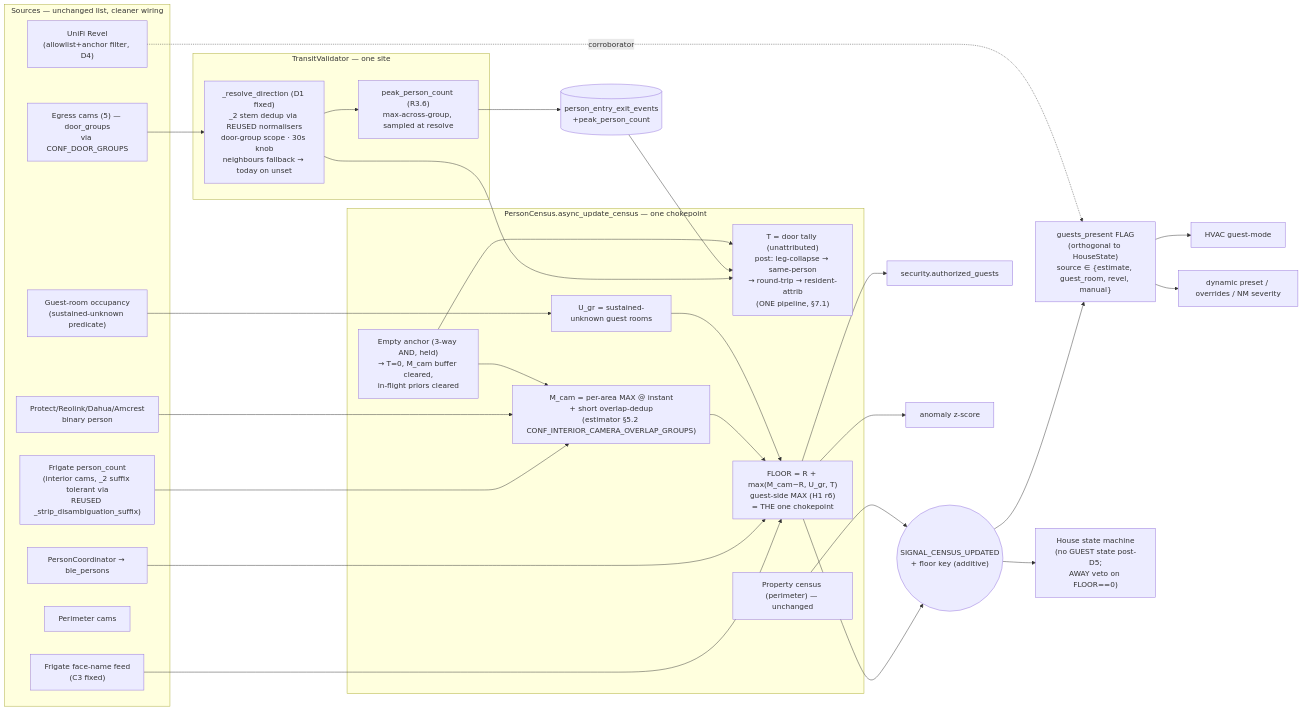
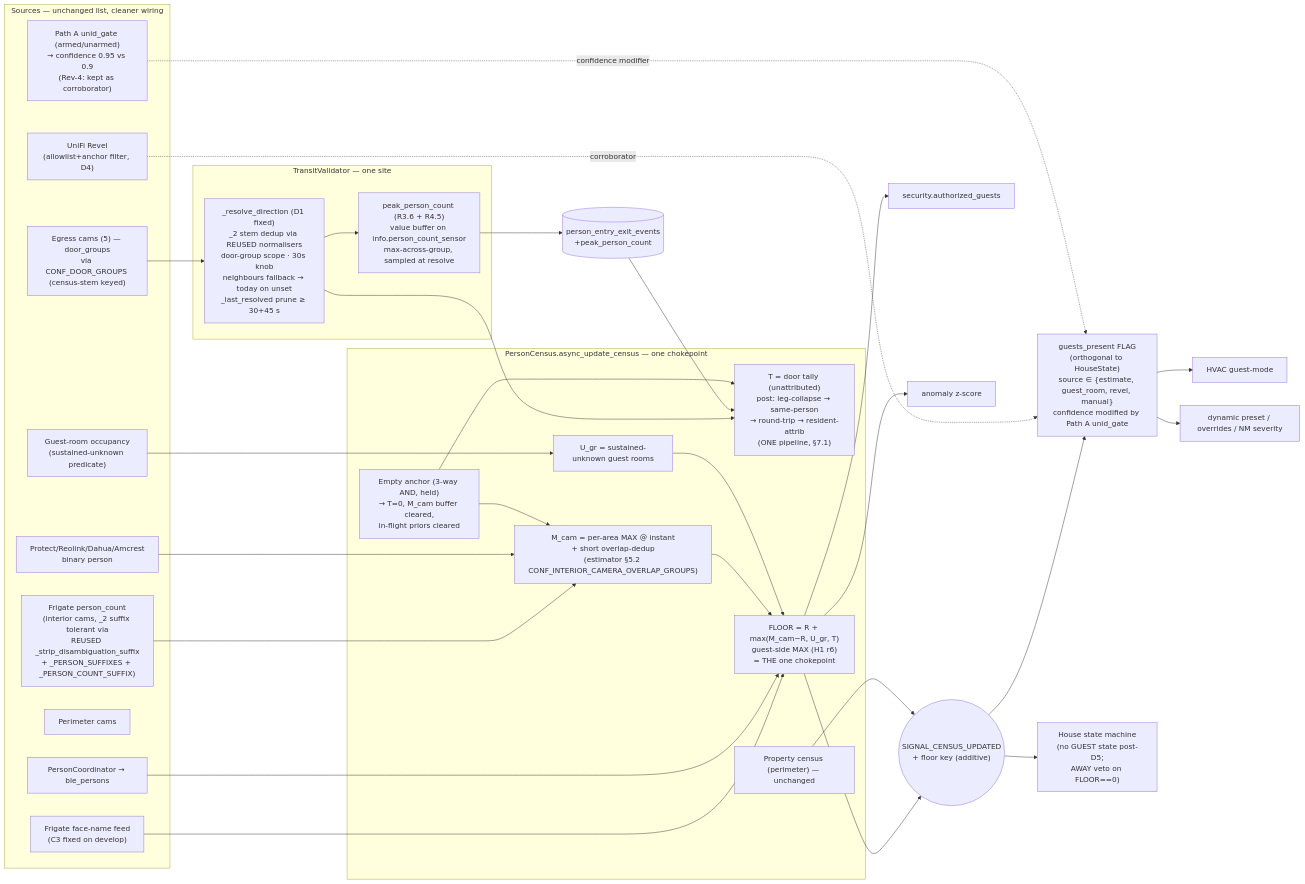
One commit to ojiudezue/universal-room-automation changed the diagram in docs/planning/DESIGN_census_simplification.md. Above: the diagram before and after it, drawn with Mermaid. The commit also changed other lines of this file and 1 other file, not shown here.

Commit message:
plan: census inputs-first rev4 + simplification corrections

````diff
--- a/docs/planning/DESIGN_census_simplification.md
+++ b/docs/planning/DESIGN_census_simplification.md
@@ -76,53 +83,55 @@
 ```mermaid
 flowchart LR
   subgraph SRC[Sources — unchanged list, cleaner wiring]
-    FPC["Frigate person_count\n(interior cams, _2 suffix tolerant via\nREUSED _strip_disambiguation_suffix)"]
+    FPC["Frigate person_count\n(interior cams, _2 suffix tolerant via\nREUSED _strip_disambiguation_suffix\n+ _PERSON_SUFFIXES + _PERSON_COUNT_SUFFIX)"]
     PRB["Protect/Reolink/Dahua/Amcrest\nbinary person"]
-    FFACE["Frigate face-name feed\n(C3 fixed)"]
+    FFACE["Frigate face-name feed\n(C3 fixed on develop)"]
     BLE["PersonCoordinator → ble_persons"]
     WIFI["UniFi Revel\n(allowlist+anchor filter, D4)"]
-    EGR["Egress cams (5) — door_groups\nvia CONF_DOOR_GROUPS"]
+    EGR["Egress cams (5) — door_groups\nvia CONF_DOOR_GROUPS (census-stem keyed)"]
     PER["Perimeter cams"]
     GR["Guest-room occupancy\n(sustained-unknown predicate)"]
+    PATHA["Path A unid_gate (armed/unarmed)\n→ confidence 0.95 vs 0.9\n(Rev-4: kept as corroborator)"]
   end
 
   subgraph CEN["PersonCensus.async_update_census — one chokepoint"]
     MCAM["M_cam = per-area MAX @ instant\n+ short overlap-dedup\n(estimator §5.2 CONF_INTERIOR_CAMERA_OVERLAP_GROUPS)"]
     UGR["U_gr = sustained-unknown guest rooms"]
     T["T = door tally (unattributed)\npost: leg-collapse → same-person\n→ round-trip → resident-attrib\n(ONE pipeline, §7.1)"]
     FLOOR["FLOOR = R + max(M_cam−R, U_gr, T)\nguest-side MAX (H1 r6)\n= THE one chokepoint"]
     ANCH["Empty anchor (3-way AND, held)\n→ T=0, M_cam buffer cleared,\nin-flight priors cleared"]
     PROP["Property census (perimeter) — unchanged"]
   end
 
   subgraph TV["TransitValidator — one site"]
-    DIR["_resolve_direction (D1 fixed)\n_2 stem dedup via REUSED normalisers\ndoor-group scope · 30s knob\nneighbours fallback → today on unset"]
-    PEAK["peak_person_count (R3.6)\nmax-across-group, sampled at resolve"]
+    DIR["_resolve_direction (D1 fixed)\n_2 stem dedup via REUSED normalisers\ndoor-group scope · 30s knob\nneighbours fallback → today on unset\n_last_resolved prune ≥ 30+45 s"]
+    PEAK["peak_person_count (R3.6 + R4.5)\nvalue buffer on info.person_count_sensor\nmax-across-group, sampled at resolve"]
   end
 
   SIG(("SIGNAL_CENSUS_UPDATED\n+ floor key (additive)"))
-  FLAG["guests_present FLAG\n(orthogonal to HouseState)\nsource ∈ {estimate, guest_room, revel, manual}"]
+  FLAG["guests_present FLAG\n(orthogonal to HouseState)\nsource ∈ {estimate, guest_room, revel, manual}\nconfidence modified by Path A unid_gate"]
   HS["House state machine\n(no GUEST state post-D5;\nAWAY veto on FLOOR==0)"]
 
   FPC --> MCAM
   PRB --> MCAM
   FFACE --> FLOOR
   BLE --> FLOOR
   GR --> UGR
   EGR --> DIR --> T
   DIR --> PEAK --> LEDGER[("person_entry_exit_events\n+peak_person_count")]
   LEDGER --> T
   MCAM --> FLOOR
   UGR --> FLOOR
   ANCH --> T
   ANCH --> MCAM
   FLOOR --> SIG
   PROP --> SIG
   SIG --> FLAG
   SIG --> HS
   WIFI -. corroborator .-> FLAG
+  PATHA -. confidence modifier .-> FLAG
   FLAG --> HVAC[HVAC guest-mode]
   FLAG --> PRES[dynamic preset / overrides / NM severity]
   FLOOR --> SEC[security.authorized_guests]
   FLOOR --> ANOM[anomaly z-score]
 ```
````
